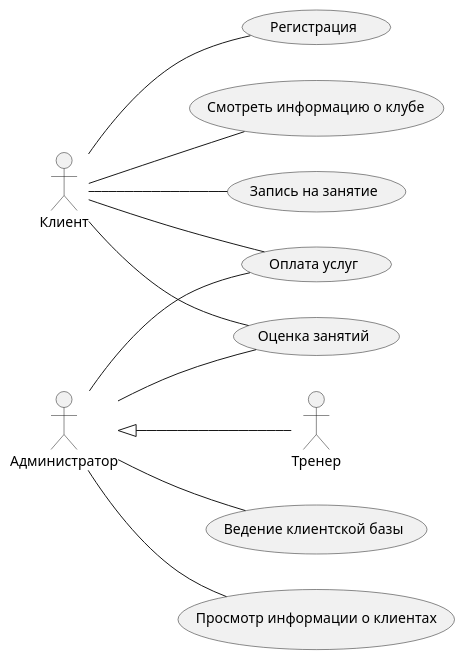
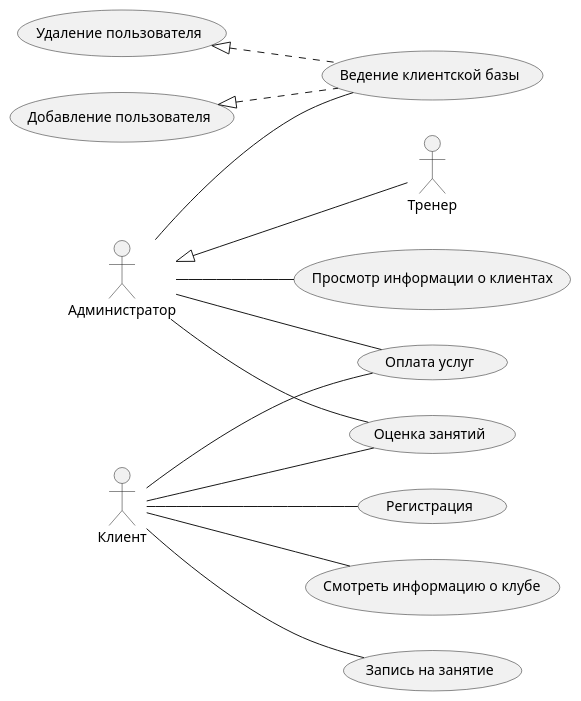
One commit to Alyonnaaa88/gitExample changed the diagram in docs/diagrams/diagram.puml. Above: the diagram before and after it, drawn with PlantUML. The commit also changed 1 other file, not shown here.

```diff
--- a/docs/diagrams/diagram.puml
+++ b/docs/diagrams/diagram.puml
@@ -1,29 +1,33 @@
 @startuml
 left to right direction
 skinparam shadowing false
 
 actor Клиент as us1
 actor Администратор as admin
 actor Тренер as trener
 
 usecase "Регистрация" as reg
 usecase "Смотреть информацию о клубе" as watch
 usecase "Оплата услуг" as pay
 usecase "Оценка занятий" as assess
 usecase "Запись на занятие" as sign
 usecase "Ведение клиентской базы" as con
 usecase "Просмотр информации о клиентах" as info
+usecase "Добавление пользователя" as add
+usecase "Удаление пользователя" as del
 
 us1 -- reg
 us1-- watch
 us1 -- pay
 us1 -- assess
 us1 -- sign
 
 admin -- pay
 admin -- assess
 admin -- con
 admin -- info
 
+con .up.|> add
+con .up.|> del
 admin <|-- trener
 @enduml
```
